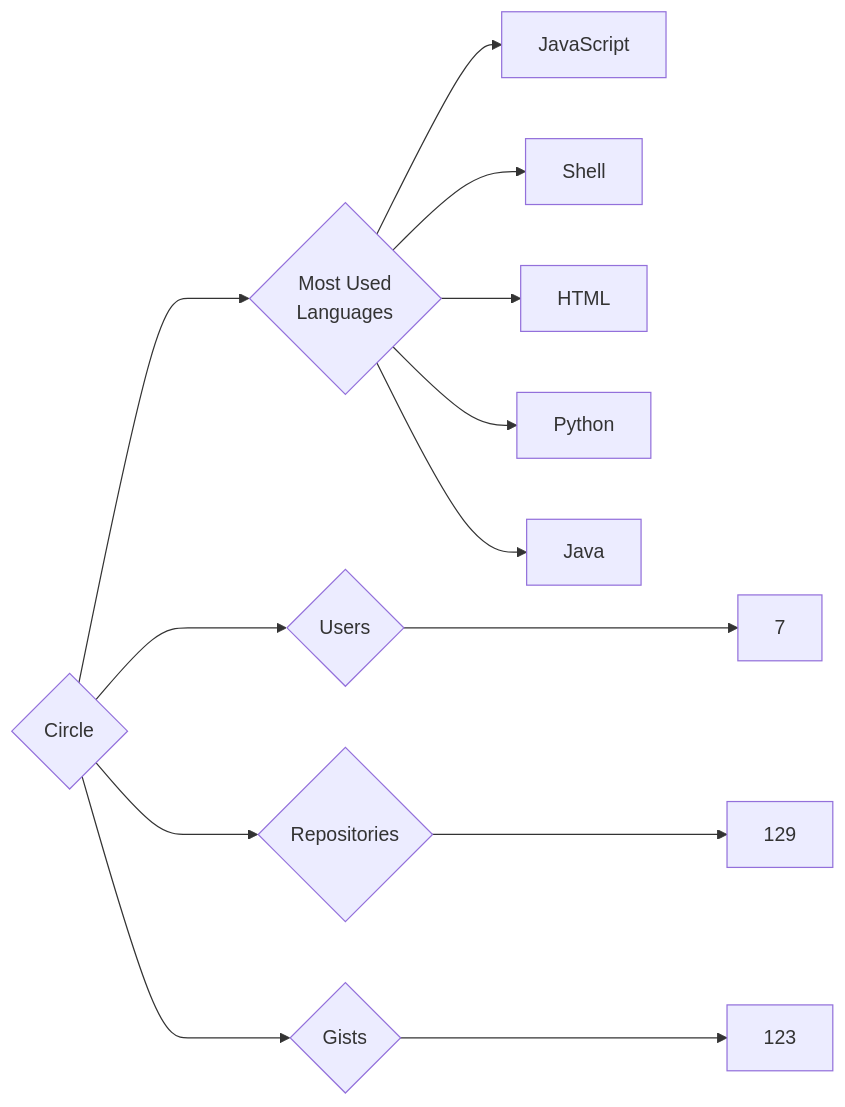
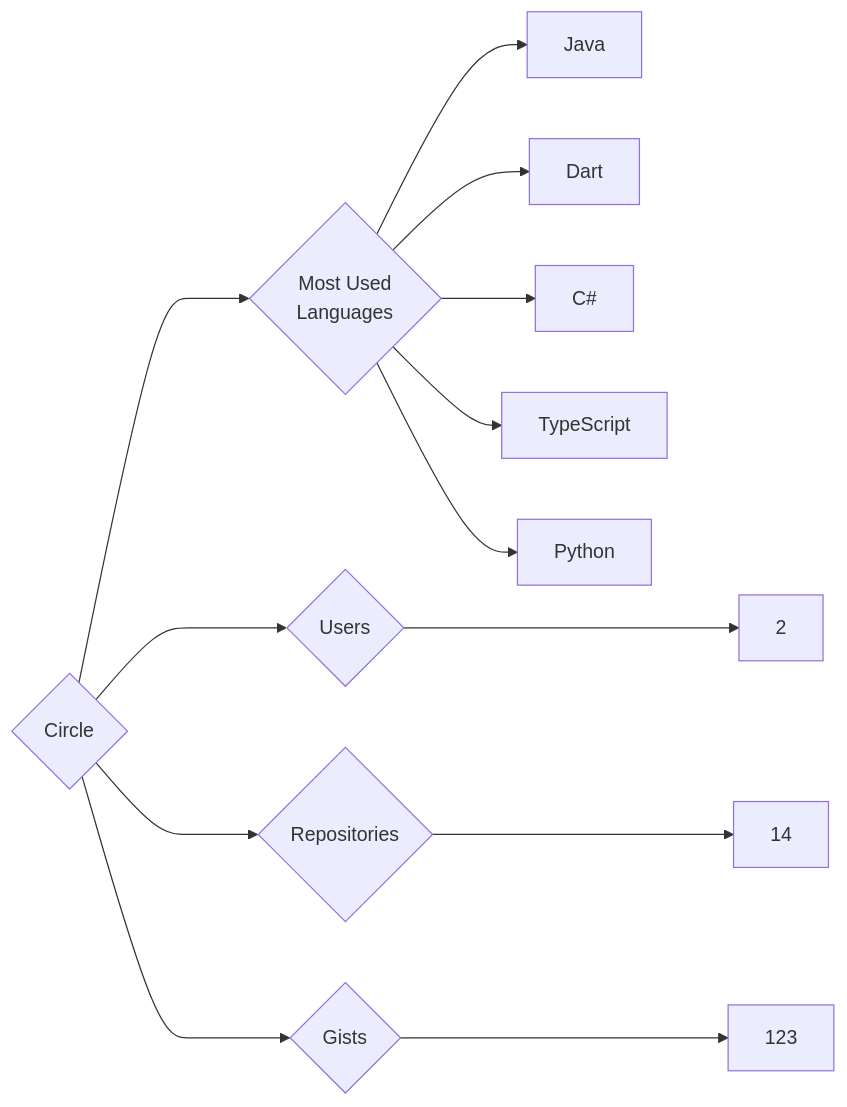
The diagram in targets/Circle/README.md (trickest/insiders), drawn with Mermaid before and after one commit. The commit also changed 998 other files, not shown here.

````diff
--- a/targets/Circle/README.md
+++ b/targets/Circle/README.md
@@ -3,13 +3,13 @@
 ```mermaid
 graph LR
 COMPANY_NAME{Circle}
-COMPANY_NAME ---> U{Users} ---> UN[7]
-COMPANY_NAME ---> R{Repositories} ---> RN[129]
+COMPANY_NAME ---> U{Users} ---> UN[2]
+COMPANY_NAME ---> R{Repositories} ---> RN[14]
 COMPANY_NAME ---> G{Gists} ---> GN[123]
 COMPANY_NAME ---> ML{Most Used<br>Languages}
-ML --> JavaScript[JavaScript]
-ML --> Shell[Shell]
-ML --> HTML[HTML]
+ML --> Java[Java]
+ML --> Dart[Dart]
+ML --> C#[C#]
+ML --> TypeScript[TypeScript]
 ML --> Python[Python]
-ML --> Java[Java]
 ```
````
